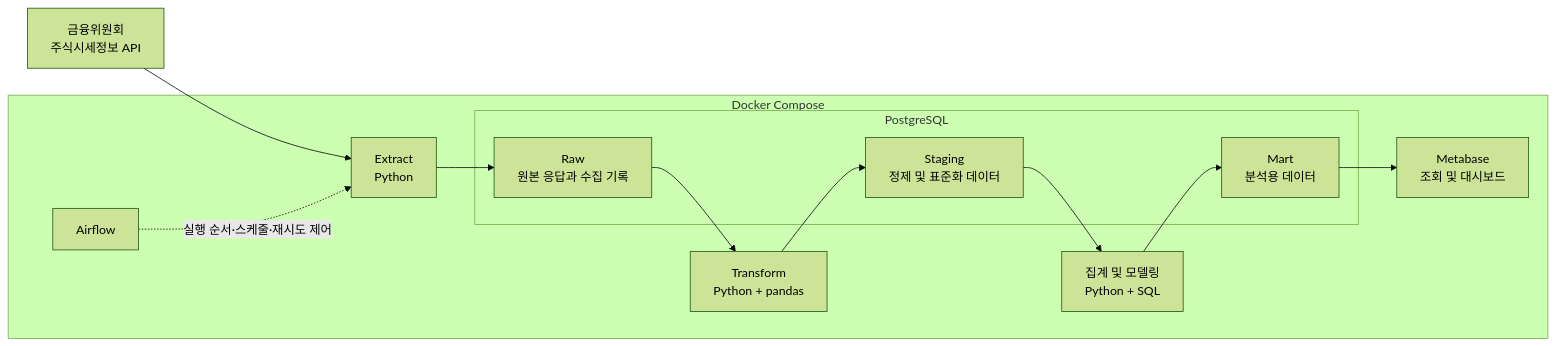
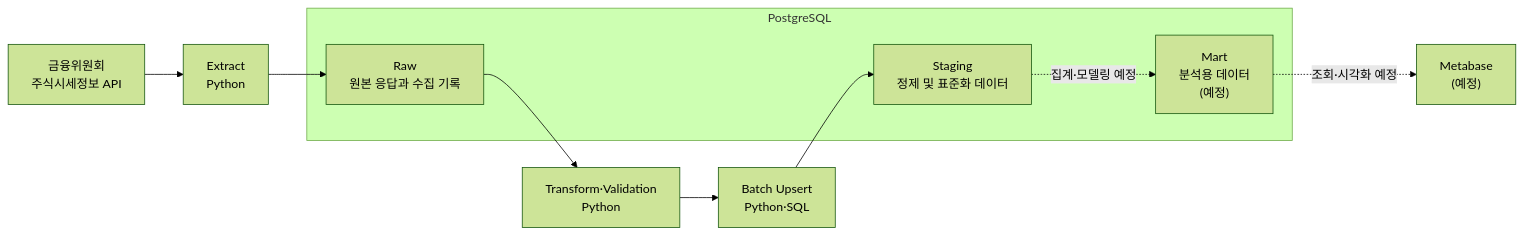
Before and after one commit to bang0930/etl-pipeline-project: the diagram in README.md, drawn with Mermaid (forest theme). The commit also changed other lines of this file, not shown here.

````diff
--- a/README.md
+++ b/README.md
@@ -66,28 +71,23 @@
 ```mermaid
 flowchart LR
     SOURCE["금융위원회<br/>주식시세정보 API"]
+    EXTRACT["Extract<br/>Python"]
 
-    subgraph COMPOSE["Docker Compose"]
-        AIRFLOW["Airflow"]
-        EXTRACT["Extract<br/>Python"]
-
-        subgraph POSTGRES["PostgreSQL"]
-            RAW["Raw<br/>원본 응답과 수집 기록"]
-            STAGING["Staging<br/>정제 및 표준화 데이터"]
-            MART["Mart<br/>분석용 데이터"]
-        end
-
-        TRANSFORM["Transform<br/>Python + pandas"]
-        MODEL["집계 및 모델링<br/>Python + SQL"]
-        METABASE["Metabase<br/>조회 및 대시보드"]
+    subgraph POSTGRES["PostgreSQL"]
+        RAW["Raw<br/>원본 응답과 수집 기록"]
+        STAGING["Staging<br/>정제 및 표준화 데이터"]
+        MART["Mart<br/>분석용 데이터<br/>(예정)"]
     end
 
+    TRANSFORM["Transform·Validation<br/>Python"]
+    LOAD["Batch Upsert<br/>Python·SQL"]
+    METABASE["Metabase<br/>(예정)"]
+
     SOURCE --> EXTRACT
-    AIRFLOW -. "실행 순서·스케줄·재시도 제어" .-> EXTRACT
     EXTRACT --> RAW
     RAW --> TRANSFORM
-    TRANSFORM --> STAGING
-    STAGING --> MODEL
-    MODEL --> MART
-    MART --> METABASE
+    TRANSFORM --> LOAD
+    LOAD --> STAGING
+    STAGING -. "집계·모델링 예정" .-> MART
+    MART -. "조회·시각화 예정" .-> METABASE
 ```
````
